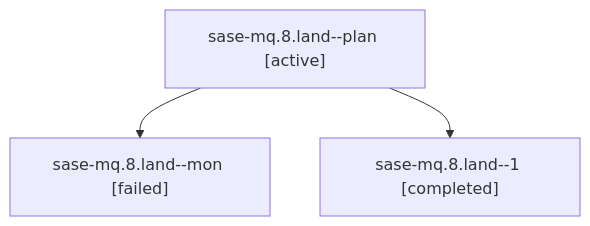
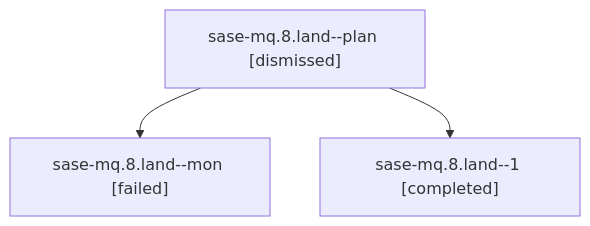
One commit to sase-org/sase--agents changed the diagram in sessions/bbugyi200.athena.sase-mq.8.land.md. Above: the diagram before and after it, drawn with Mermaid. The commit also changed other lines of this file and 128 other files, not shown here.

````diff
--- a/sessions/bbugyi200.athena.sase-mq.8.land.md
+++ b/sessions/bbugyi200.athena.sase-mq.8.land.md
@@ -9,8 +9,8 @@
 ```mermaid
 flowchart TD
-  n0["sase-mq.8.land--plan [active]"]
+  n0["sase-mq.8.land--plan [dismissed]"]
   n1["sase-mq.8.land--mon [failed]"]
   n0 --> n1
   n2["sase-mq.8.land--1 [completed]"]
   n0 --> n2
 ```
````
